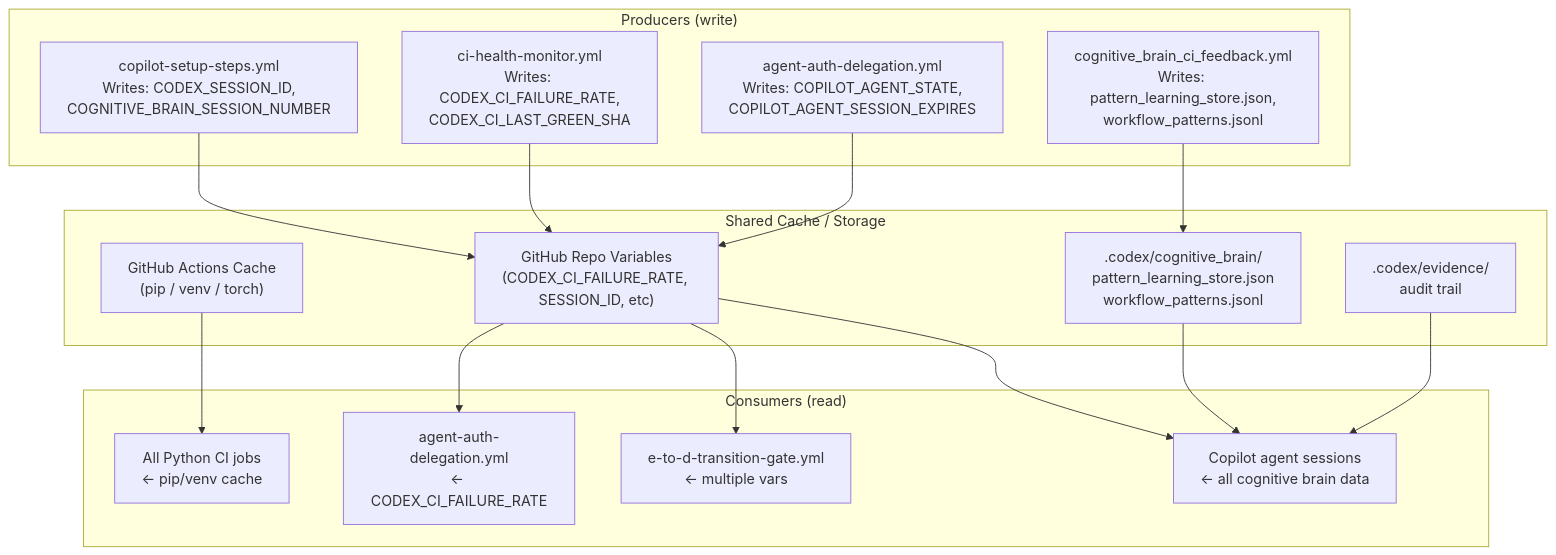
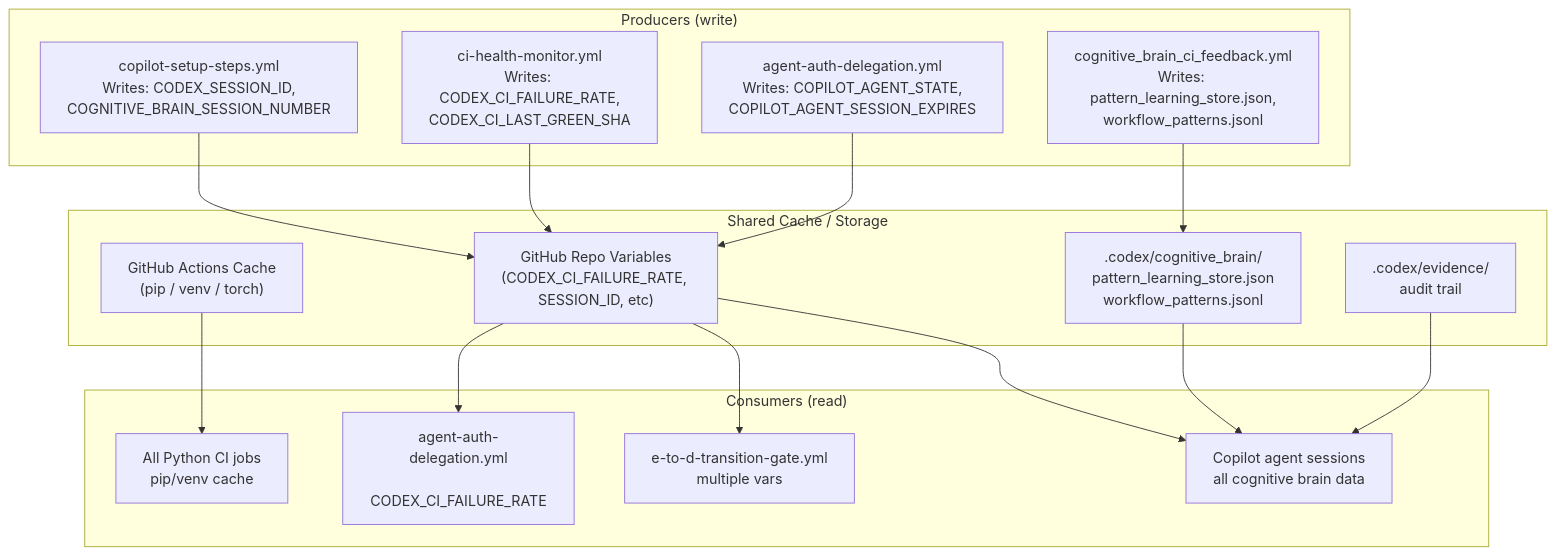
Before and after one commit to Aries-Serpent/_codex_: the third of 5 diagrams in docs/ops/CACHE_SHARED_DATASETS.md, drawn with Mermaid. The commit also changed other lines of this file and 4117 other files, not shown here.

````diff
--- a/docs/ops/CACHE_SHARED_DATASETS.md
+++ b/docs/ops/CACHE_SHARED_DATASETS.md
@@ -141,36 +147,45 @@
 ```mermaid
 %%{init: {'accessibility': {'title': 'Diagram showing "copilot-setup-steps.yml\nWrites: CODEX_SESSION_ID,\nCOGNITIVE_BRAIN_SESSION_NUMBER", "ci-health-monitor.yml\nWrites: CODEX_CI_FAILURE_RATE,\nCODEX_CI_LAST_GREEN_SHA"'}}%%
+
 graph TB
-    subgraph "Producers (write)"
-        P1["copilot-setup-steps.yml\nWrites: CODEX_SESSION_ID,\nCOGNITIVE_BRAIN_SESSION_NUMBER"]
-        P2["ci-health-monitor.yml\nWrites: CODEX_CI_FAILURE_RATE,\nCODEX_CI_LAST_GREEN_SHA"]
-        P3["agent-auth-delegation.yml\nWrites: COPILOT_AGENT_STATE,\nCOPILOT_AGENT_SESSION_EXPIRES"]
-        P4["cognitive_brain_ci_feedback.yml\nWrites: pattern_learning_store.json,\nworkflow_patterns.jsonl"]
-    end
+ subgraph "Producers (write)"
+ P1["copilot-setup-steps.yml\nWrites: CODEX_SESSION_ID,\nCOGNITIVE_BRAIN_SESSION_NUMBER"]
+ P2["ci-health-monitor.yml\nWrites: CODEX_CI_FAILURE_RATE,\nCODEX_CI_LAST_GREEN_SHA"]
+ P3["agent-auth-delegation.yml\nWrites: COPILOT_AGENT_STATE,\nCOPILOT_AGENT_SESSION_EXPIRES"]
+ P4["cognitive_brain_ci_feedback.yml\nWrites: pattern_learning_store.json,\nworkflow_patterns.jsonl"]
+ end
 
-    subgraph "Shared Cache / Storage"
-        S1["GitHub Actions Cache\n(pip / venv / torch)"]
-        S2["GitHub Repo Variables\n(CODEX_CI_FAILURE_RATE, SESSION_ID, etc)"]
-        S3[".codex/cognitive_brain/\npattern_learning_store.json\nworkflow_patterns.jsonl"]
-        S4[".codex/evidence/\naudit trail"]
-    end
+ subgraph "Shared Cache / Storage"
+ S1["GitHub Actions Cache\n(pip / venv / torch)"]
+ S2["GitHub Repo Variables\n(CODEX_CI_FAILURE_RATE, SESSION_ID, etc)"]
+ S3[".codex/cognitive_brain/\npattern_learning_store.json\nworkflow_patterns.jsonl"]
+ S4[".codex/evidence/\naudit trail"]
+ end
 
-    subgraph "Consumers (read)"
-        C1["All Python CI jobs\n← pip/venv cache"]
-        C2["agent-auth-delegation.yml\n← CODEX_CI_FAILURE_RATE"]
-        C3["e-to-d-transition-gate.yml\n← multiple vars"]
-        C4["Copilot agent sessions\n← all cognitive brain data"]
-    end
+ subgraph "Consumers (read)"
+ C1["All Python CI jobs\n pip/venv cache"]
+ C2["agent-auth-delegation.yml\n CODEX_CI_FAILURE_RATE"]
+ C3["e-to-d-transition-gate.yml\n multiple vars"]
+ C4["Copilot agent sessions\n all cognitive brain data"]
+ end
 
-    P1 --> S2
-    P2 --> S2
-    P3 --> S2
-    P4 --> S3
+ P1 --> S2
 
-    S1 --> C1
-    S2 --> C2
-    S2 --> C3
-    S2 --> C4
-    S3 --> C4
-    S4 --> C4
+ P2 --> S2
+
+ P3 --> S2
+
+ P4 --> S3
+
+ S1 --> C1
+
+ S2 --> C2
+
+ S2 --> C3
+
+ S2 --> C4
+
+ S3 --> C4
+
+ S4 --> C4
 ```
````
